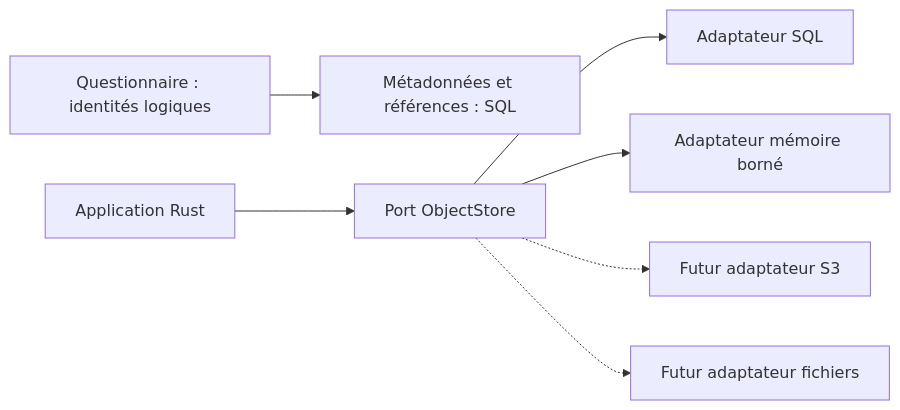
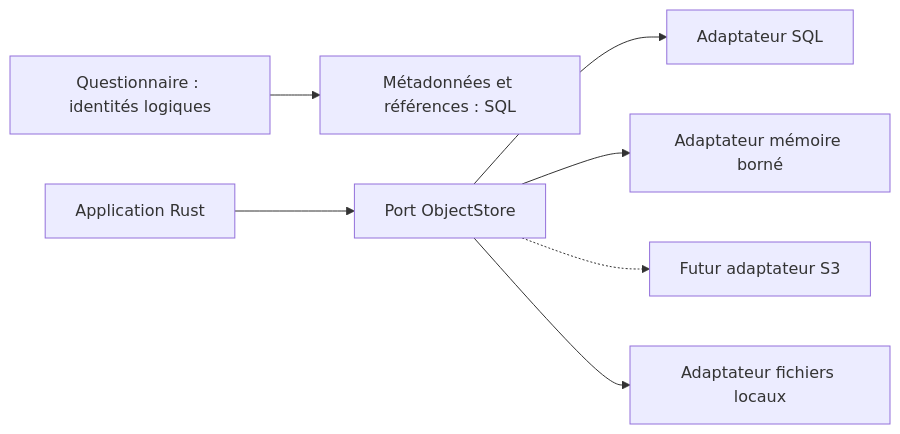
The diagram in docs/decisions/0002-object-storage.md (akerfourn/RustSurvey), drawn with Mermaid before and after one commit. The commit also changed other lines of this file and 34 other files, not shown here.

````diff
--- a/docs/decisions/0002-object-storage.md
+++ b/docs/decisions/0002-object-storage.md
@@ -30,9 +31,9 @@
 ```mermaid
 flowchart LR
     Domain["Questionnaire : identités logiques"] --> Metadata["Métadonnées et références : SQL"]
     Server["Application Rust"] --> Port["Port ObjectStore"]
     Port --> SQL["Adaptateur SQL"]
     Port --> Memory["Adaptateur mémoire borné"]
     Port -.-> S3["Futur adaptateur S3"]
-    Port -.-> Disk["Futur adaptateur fichiers"]
+    Port --> Disk["Adaptateur fichiers locaux"]
 ```
````
